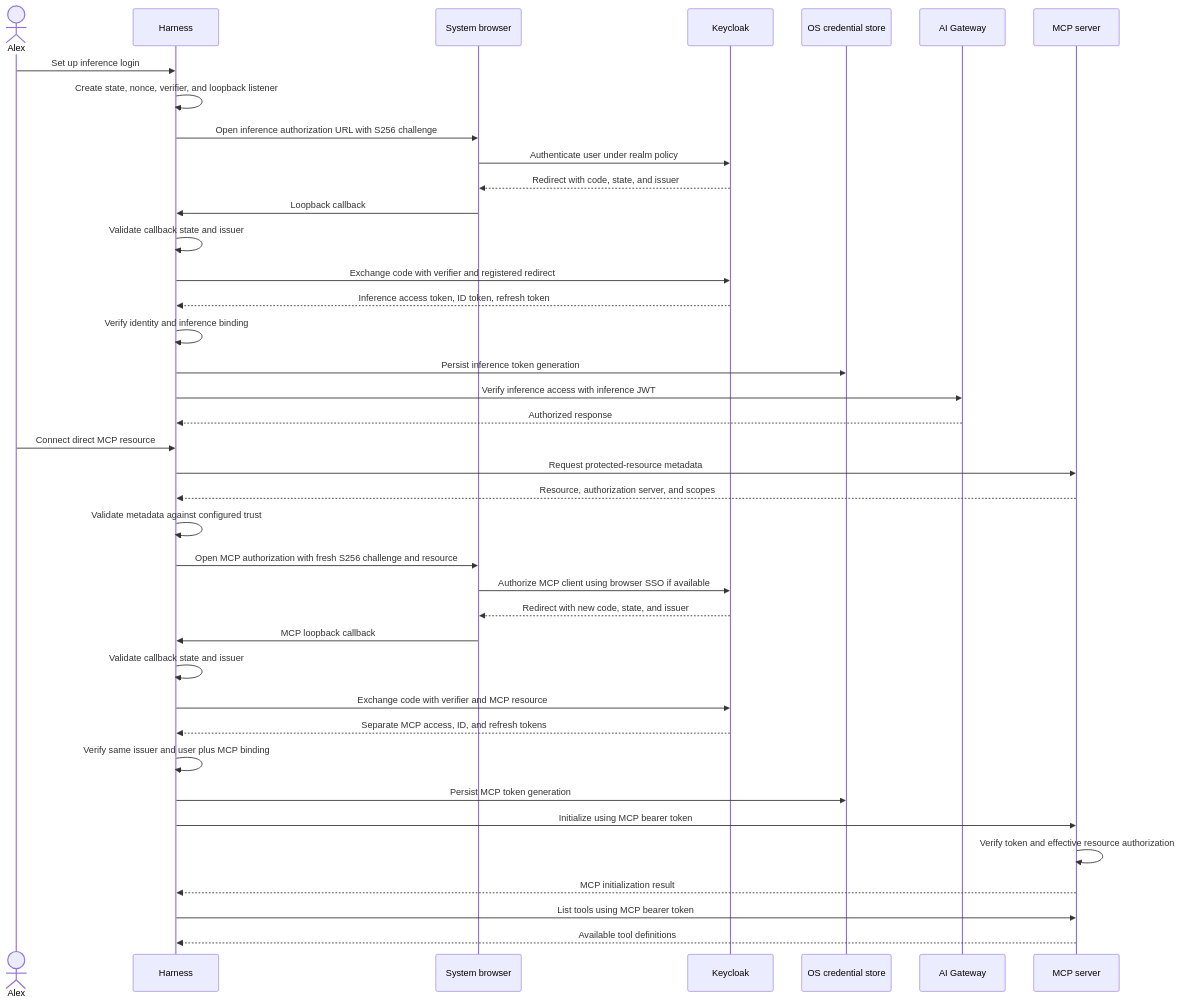
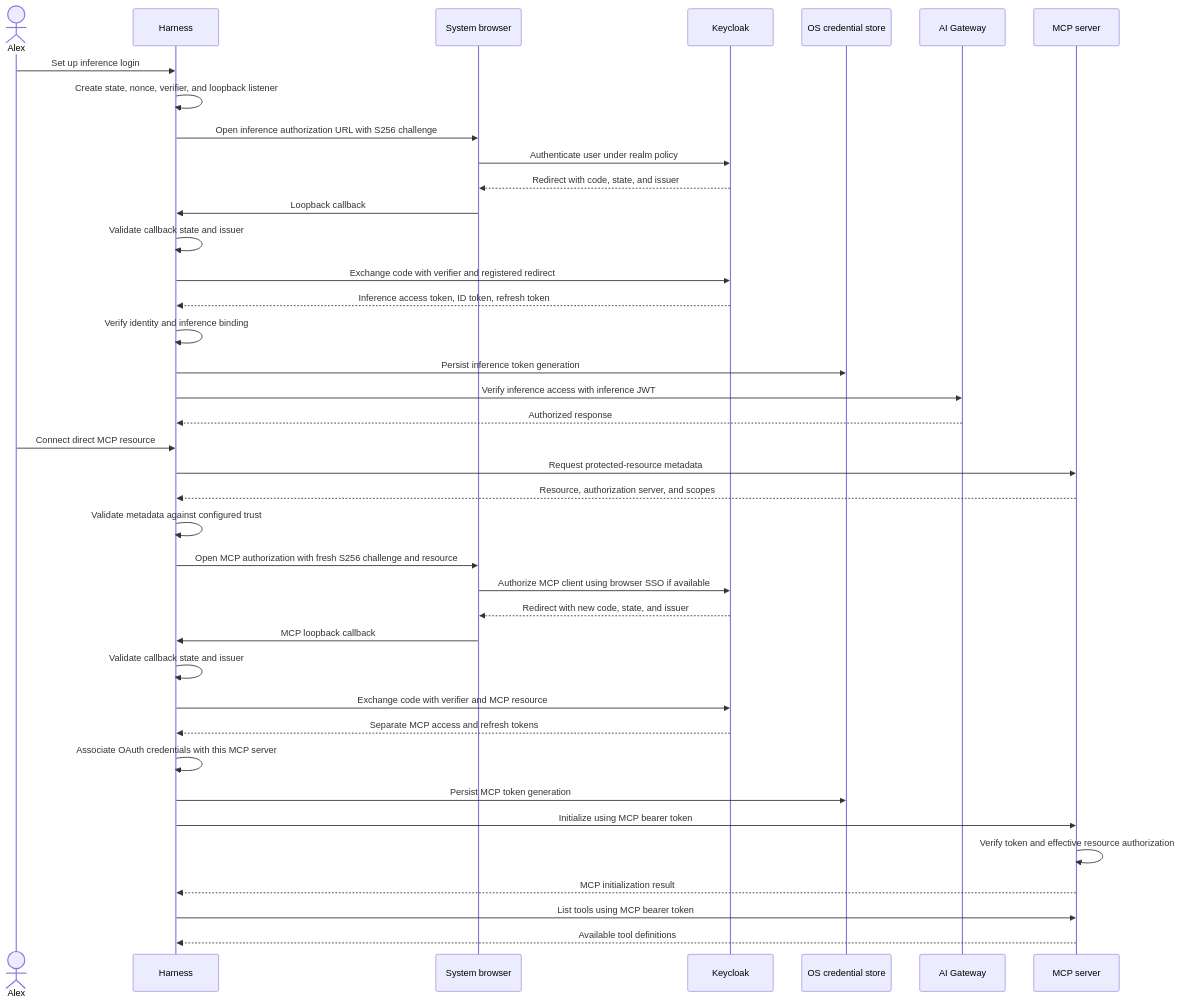
One commit to cdot65/prisma-airs-reference-architecture changed the first of 2 diagrams in docs/login.md. Above: the diagram before and after it, drawn with Mermaid. The commit also changed other lines of this file and 6 other files, not shown here.

Commit message:
Teach built-in MCP OAuth boundaries and expiry-driven scope correction

````diff
--- a/docs/login.md
+++ b/docs/login.md
@@ -17,43 +17,43 @@
 ```mermaid
 sequenceDiagram
     accTitle: Complete native inference and MCP login
     accDescr: The harness completes browser PKCE for inference, verifies and stores that identity, validates MCP metadata, then completes separate resource-bound PKCE for the same user before invoking MCP.
     actor alex as Alex
     participant harness as Harness
     participant browser as System browser
     participant keycloak as Keycloak
     participant store as OS credential store
     participant gateway as AI Gateway
     participant mcp as MCP server
     alex->>harness: Set up inference login
     harness->>harness: Create state, nonce, verifier, and loopback listener
     harness->>browser: Open inference authorization URL with S256 challenge
     browser->>keycloak: Authenticate user under realm policy
     keycloak-->>browser: Redirect with code, state, and issuer
     browser->>harness: Loopback callback
     harness->>harness: Validate callback state and issuer
     harness->>keycloak: Exchange code with verifier and registered redirect
     keycloak-->>harness: Inference access token, ID token, refresh token
     harness->>harness: Verify identity and inference binding
     harness->>store: Persist inference token generation
     harness->>gateway: Verify inference access with inference JWT
     gateway-->>harness: Authorized response
     alex->>harness: Connect direct MCP resource
     harness->>mcp: Request protected-resource metadata
     mcp-->>harness: Resource, authorization server, and scopes
     harness->>harness: Validate metadata against configured trust
     harness->>browser: Open MCP authorization with fresh S256 challenge and resource
     browser->>keycloak: Authorize MCP client using browser SSO if available
     keycloak-->>browser: Redirect with new code, state, and issuer
     browser->>harness: MCP loopback callback
     harness->>harness: Validate callback state and issuer
     harness->>keycloak: Exchange code with verifier and MCP resource
-    keycloak-->>harness: Separate MCP access, ID, and refresh tokens
-    harness->>harness: Verify same issuer and user plus MCP binding
+    keycloak-->>harness: Separate MCP access and refresh tokens
+    harness->>harness: Associate OAuth credentials with this MCP server
     harness->>store: Persist MCP token generation
     harness->>mcp: Initialize using MCP bearer token
     mcp->>mcp: Verify token and effective resource authorization
     mcp-->>harness: MCP initialization result
     harness->>mcp: List tools using MCP bearer token
     mcp-->>harness: Available tool definitions
 ```
````
